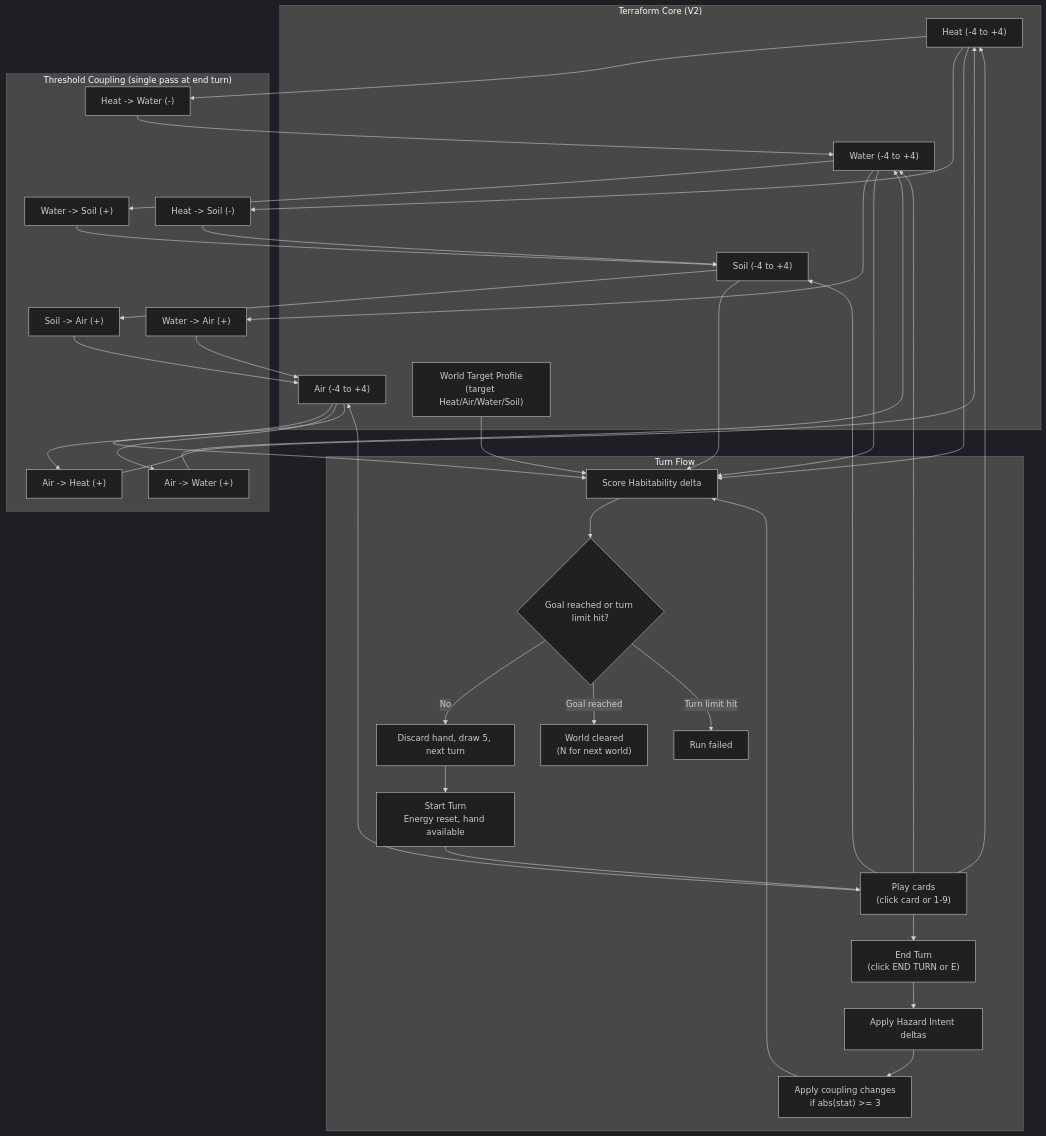
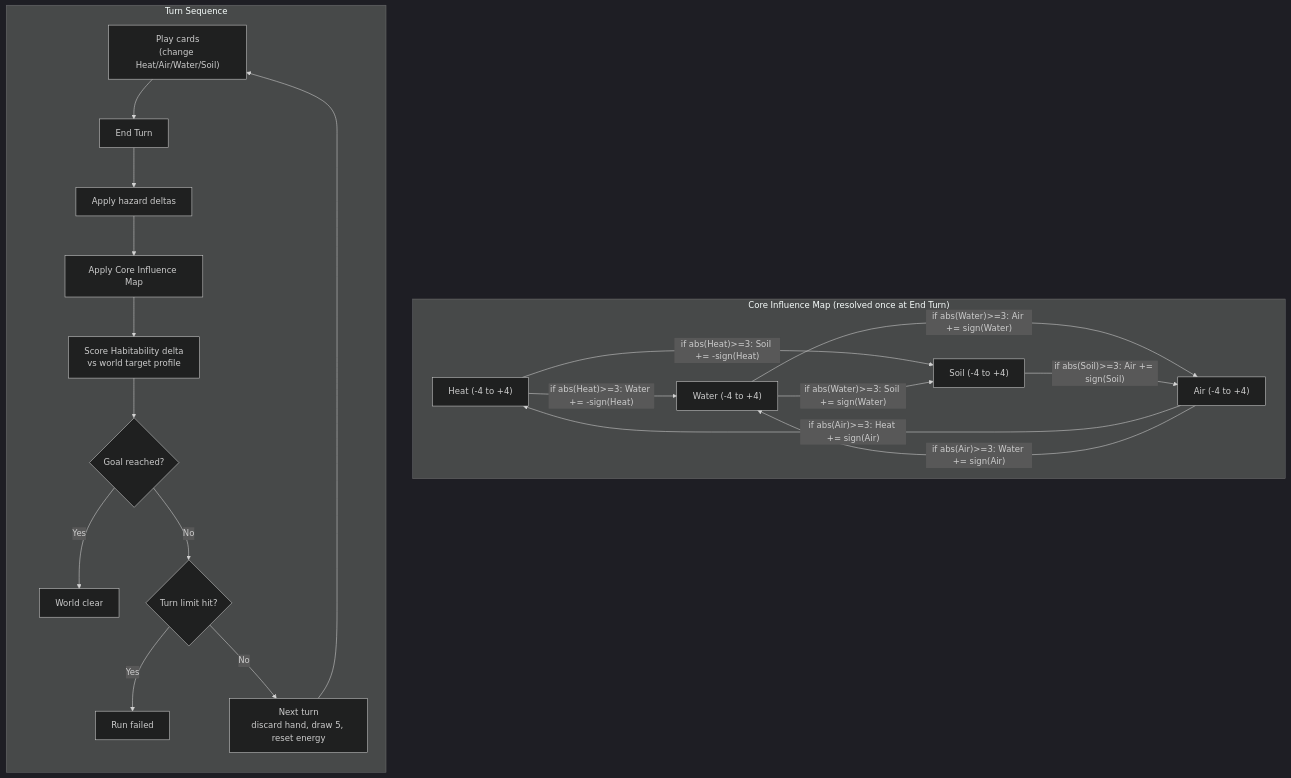
The diagram in game_logic_v2.mmd (gp48maz1/terraform-trek), drawn with Mermaid (dark theme) before and after one commit.

Commit message:
Simplify game_logic_v2 to clear core influence map

```diff
--- a/game_logic_v2.mmd
+++ b/game_logic_v2.mmd
@@ -1,58 +1,36 @@
 flowchart TD
-    subgraph Core["Terraform Core (V2)"]
+    subgraph Core["Core Influence Map (resolved once at End Turn)"]
+        direction LR
         Heat["Heat (-4 to +4)"]
         Air["Air (-4 to +4)"]
         Water["Water (-4 to +4)"]
         Soil["Soil (-4 to +4)"]
-        Targets["World Target Profile<br/>(target Heat/Air/Water/Soil)"]
+
+        Heat -->|"if abs(Heat)>=3: Water += -sign(Heat)"| Water
+        Heat -->|"if abs(Heat)>=3: Soil += -sign(Heat)"| Soil
+        Air -->|"if abs(Air)>=3: Heat += sign(Air)"| Heat
+        Air -->|"if abs(Air)>=3: Water += sign(Air)"| Water
+        Water -->|"if abs(Water)>=3: Soil += sign(Water)"| Soil
+        Water -->|"if abs(Water)>=3: Air += sign(Water)"| Air
+        Soil -->|"if abs(Soil)>=3: Air += sign(Soil)"| Air
     end
 
-    subgraph Coupling["Threshold Coupling (single pass at end turn)"]
-        C1["Heat -> Water (-)"]
-        C2["Heat -> Soil (-)"]
-        C3["Air -> Heat (+)"]
-        C4["Air -> Water (+)"]
-        C5["Water -> Soil (+)"]
-        C6["Water -> Air (+)"]
-        C7["Soil -> Air (+)"]
+    subgraph Turn["Turn Sequence"]
+        direction TB
+        T1["Play cards<br/>(change Heat/Air/Water/Soil)"]
+        T2["End Turn"]
+        T3["Apply hazard deltas"]
+        T4["Apply Core Influence Map"]
+        T5["Score Habitability delta<br/>vs world target profile"]
+        T6{"Goal reached?"}
+        T7{"Turn limit hit?"}
+        T8["Next turn<br/>discard hand, draw 5, reset energy"]
+        T9["World clear"]
+        T10["Run failed"]
+
+        T1 --> T2 --> T3 --> T4 --> T5 --> T6
+        T6 -->|Yes| T9
+        T6 -->|No| T7
+        T7 -->|Yes| T10
+        T7 -->|No| T8 --> T1
     end
-
-    subgraph Turn["Turn Flow"]
-        Start["Start Turn<br/>Energy reset, hand available"] --> Play["Play cards<br/>(click card or 1-9)"]
-        Play --> EndTurn["End Turn<br/>(click END TURN or E)"]
-        EndTurn --> Hazard["Apply Hazard Intent deltas"]
-        Hazard --> ApplyCoupling["Apply coupling changes<br/>if abs(stat) >= 3"]
-        ApplyCoupling --> Score["Score Habitability delta"]
-        Score --> Check{"Goal reached or turn limit hit?"}
-        Check -->|No| Next["Discard hand, draw 5, next turn"]
-        Next --> Start
-        Check -->|Goal reached| Win["World cleared<br/>(N for next world)"]
-        Check -->|Turn limit hit| Lose["Run failed"]
-    end
-
-    Play --> Heat
-    Play --> Air
-    Play --> Water
-    Play --> Soil
-
-    Heat --> C1
-    Heat --> C2
-    Air --> C3
-    Air --> C4
-    Water --> C5
-    Water --> C6
-    Soil --> C7
-
-    C1 --> Water
-    C2 --> Soil
-    C3 --> Heat
-    C4 --> Water
-    C5 --> Soil
-    C6 --> Air
-    C7 --> Air
-
-    Heat --> Score
-    Air --> Score
-    Water --> Score
-    Soil --> Score
-    Targets --> Score
```
